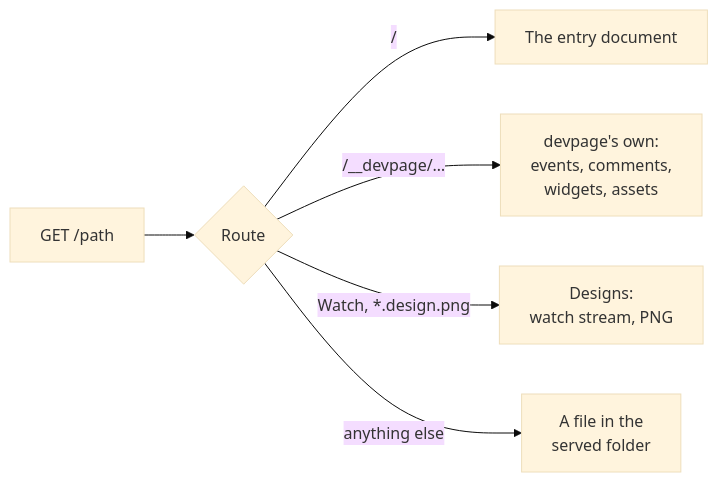
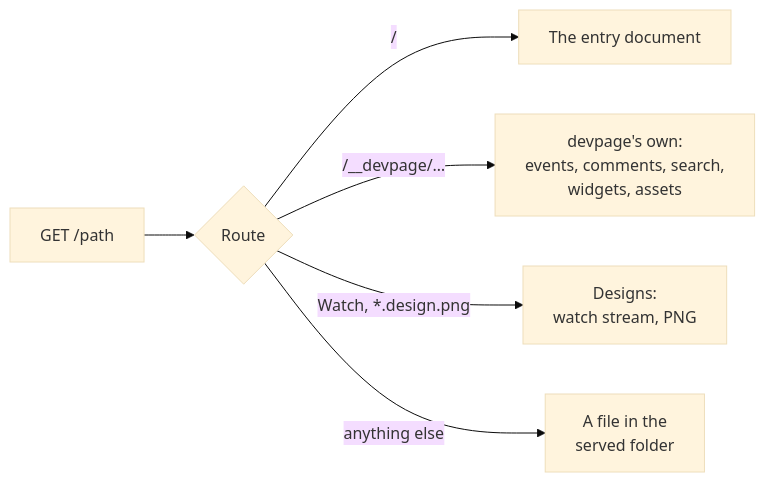
Before and after one commit to andrei512/devpage: the first of 2 diagrams in docs/boxes/viewer/serving-pages/README.md, drawn with Mermaid (base theme). The commit also changed other lines of this file and 15 other files, not shown here.

````diff
--- a/docs/boxes/viewer/serving-pages/README.md
+++ b/docs/boxes/viewer/serving-pages/README.md
@@ -12,13 +12,13 @@
 ```mermaid
 flowchart LR
   req["GET /path"] --> route{"Route"}
   route -->|"/"| entry["The entry document"]
-  route -->|"/__devpage/…"| own["devpage's own:<br/>events, comments,<br/>widgets, assets"]
+  route -->|"/__devpage/…"| own["devpage's own:<br/>events, comments, search,<br/>widgets, assets"]
   route -->|"Watch, *.design.png"| designs["Designs:<br/>watch stream, PNG"]
   route -->|"anything else"| file["A file in the<br/>served folder"]
   click route href "#routes" "Routes"
   click entry href "#routes" "Routes"
   click own href "#routes" "Routes"
   click designs href "../design-engine/README.md#in-the-server" "The design engine in the server"
   click file href "#the-url-is-the-file-path" "The URL is the file path"
 ```
````
